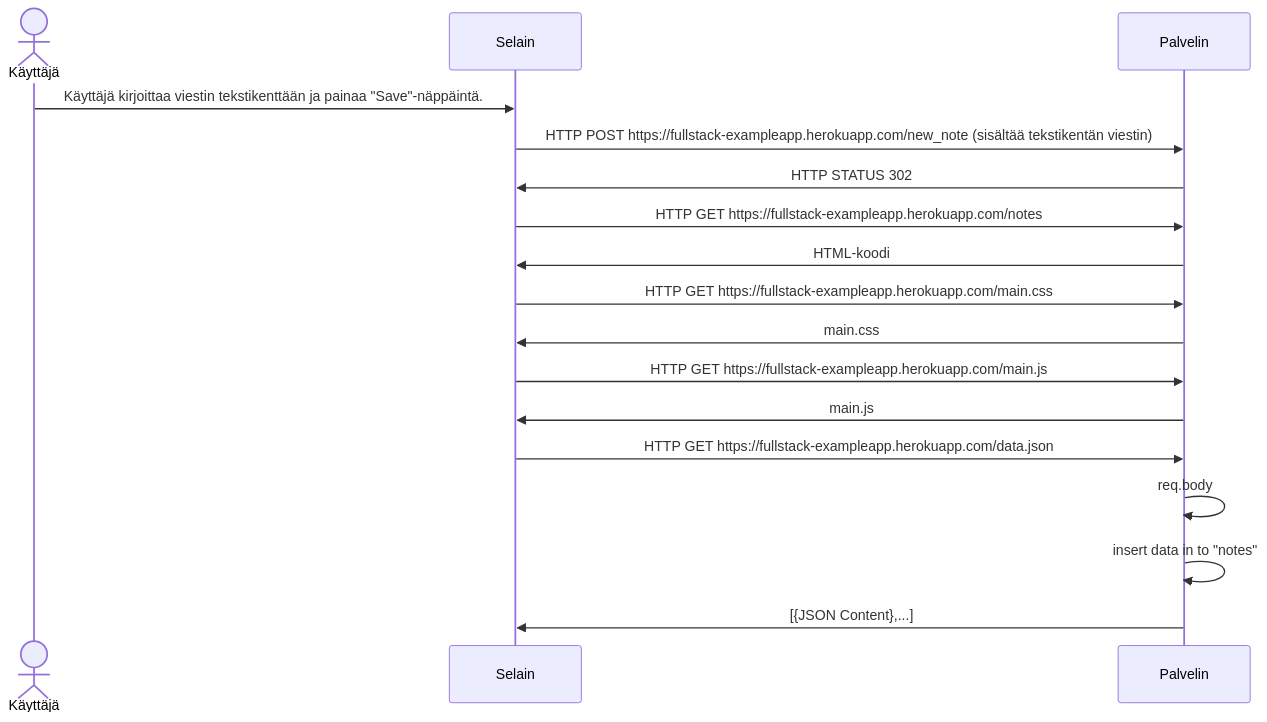
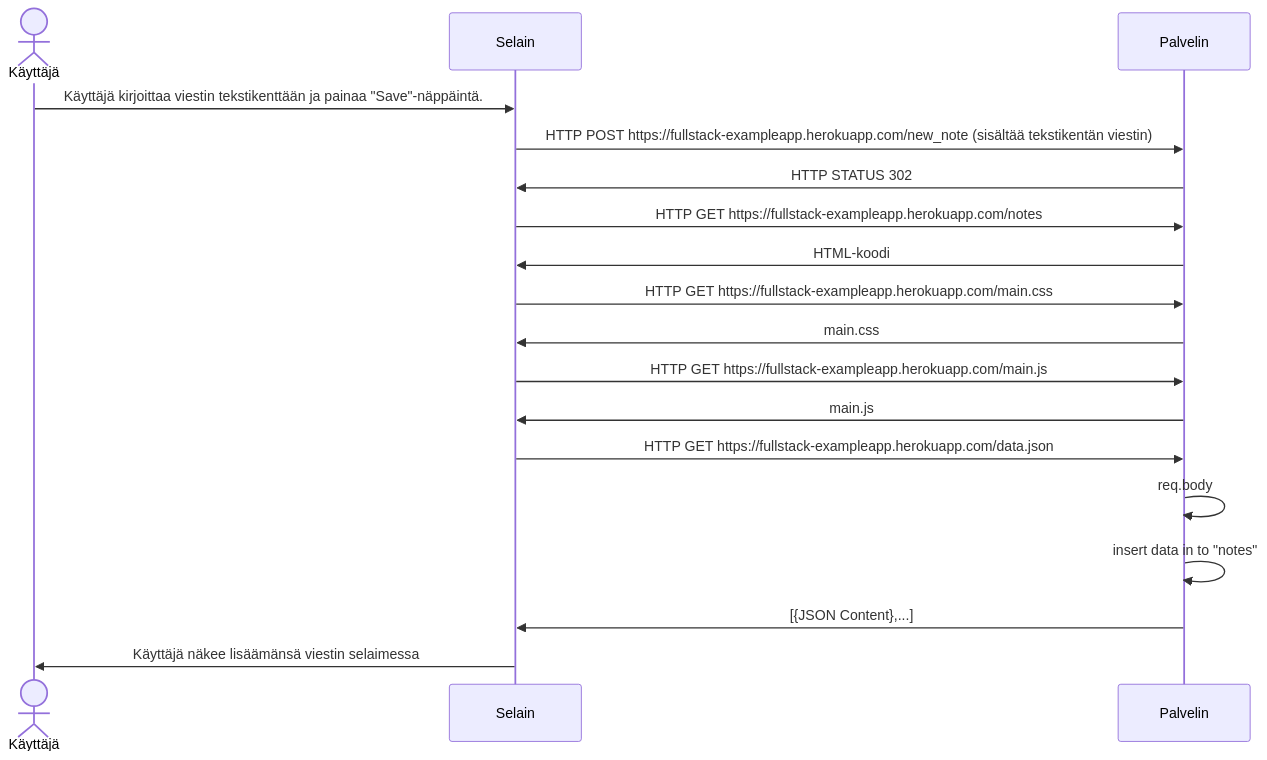
Before and after one commit to kodtld/FullStack: the diagram in osa0/T_0.4.md, drawn with Mermaid. The commit also changed 1 other file, not shown here.

Commit message:
pieni päivitys

````diff
--- a/osa0/T_0.4.md
+++ b/osa0/T_0.4.md
@@ -1,20 +1,21 @@
 ```mermaid
 sequenceDiagram
   actor Käyttäjä
   participant Selain
   participant Palvelin
 
   Käyttäjä->>Selain: Käyttäjä kirjoittaa viestin tekstikenttään ja painaa "Save"-näppäintä.
   Selain->>Palvelin: HTTP POST https://fullstack-exampleapp.herokuapp.com/new_note (sisältää tekstikentän viestin)
   Palvelin->>Selain: HTTP STATUS 302
   Selain->>Palvelin: HTTP GET https://fullstack-exampleapp.herokuapp.com/notes
   Palvelin->>Selain: HTML-koodi
   Selain->>Palvelin: HTTP GET https://fullstack-exampleapp.herokuapp.com/main.css
   Palvelin->>Selain: main.css
   Selain->>Palvelin: HTTP GET https://fullstack-exampleapp.herokuapp.com/main.js
   Palvelin->>Selain: main.js
   Selain->>Palvelin: HTTP GET https://fullstack-exampleapp.herokuapp.com/data.json
   Palvelin->>Palvelin: req.body
   Palvelin->>Palvelin: insert data in to "notes"
   Palvelin->>Selain: [{JSON Content},...]
+  Selain->>Käyttäjä: Käyttäjä näkee lisäämänsä viestin selaimessa
 ```
````
